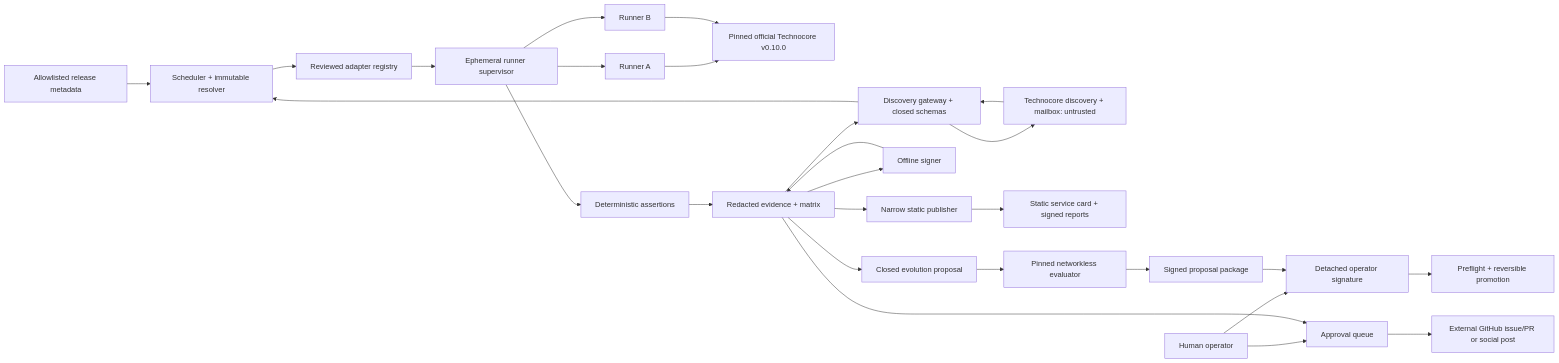
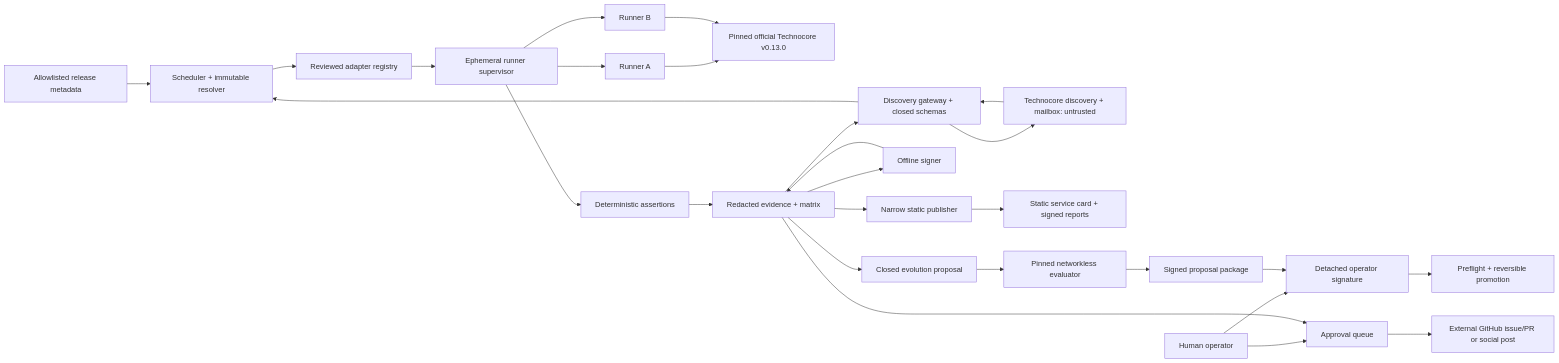
The diagram in docs/ARCHITECTURE.md (RosettaTcore/technocore-rosetta), drawn with Mermaid before and after one commit. The commit also changed other lines of this file and 97 other files, not shown here.

````diff
--- a/docs/ARCHITECTURE.md
+++ b/docs/ARCHITECTURE.md
@@ -5,29 +5,29 @@
 ```mermaid
 flowchart LR
     SRC["Allowlisted release metadata"] --> SC["Scheduler + immutable resolver"]
     TC["Technocore discovery + mailbox: untrusted"] --> DG["Discovery gateway + closed schemas"]
     DG --> SC
     SC --> AR["Reviewed adapter registry"]
     AR --> RS["Ephemeral runner supervisor"]
     RS --> A1["Runner A"]
     RS --> A2["Runner B"]
-    A1 --> LT["Pinned official Technocore v0.10.0"]
+    A1 --> LT["Pinned official Technocore v0.13.0"]
     A2 --> LT
     RS --> AS["Deterministic assertions"]
     AS --> EV["Redacted evidence + matrix"]
     EV --> SG["Offline signer"]
     SG --> EV
     EV --> PB["Narrow static publisher"]
     PB --> CARD["Static service card + signed reports"]
     EV --> DG
     DG --> TC
     EV --> EP["Closed evolution proposal"]
     EP --> CE["Pinned networkless evaluator"]
     CE --> SA["Signed proposal package"]
     OP["Human operator"] --> AP["Approval queue"]
     OP --> OA["Detached operator signature"]
     SA --> OA
     OA --> PR["Preflight + reversible promotion"]
     EV --> AP
     AP --> EXT["External GitHub issue/PR or social post"]
 ```
````
